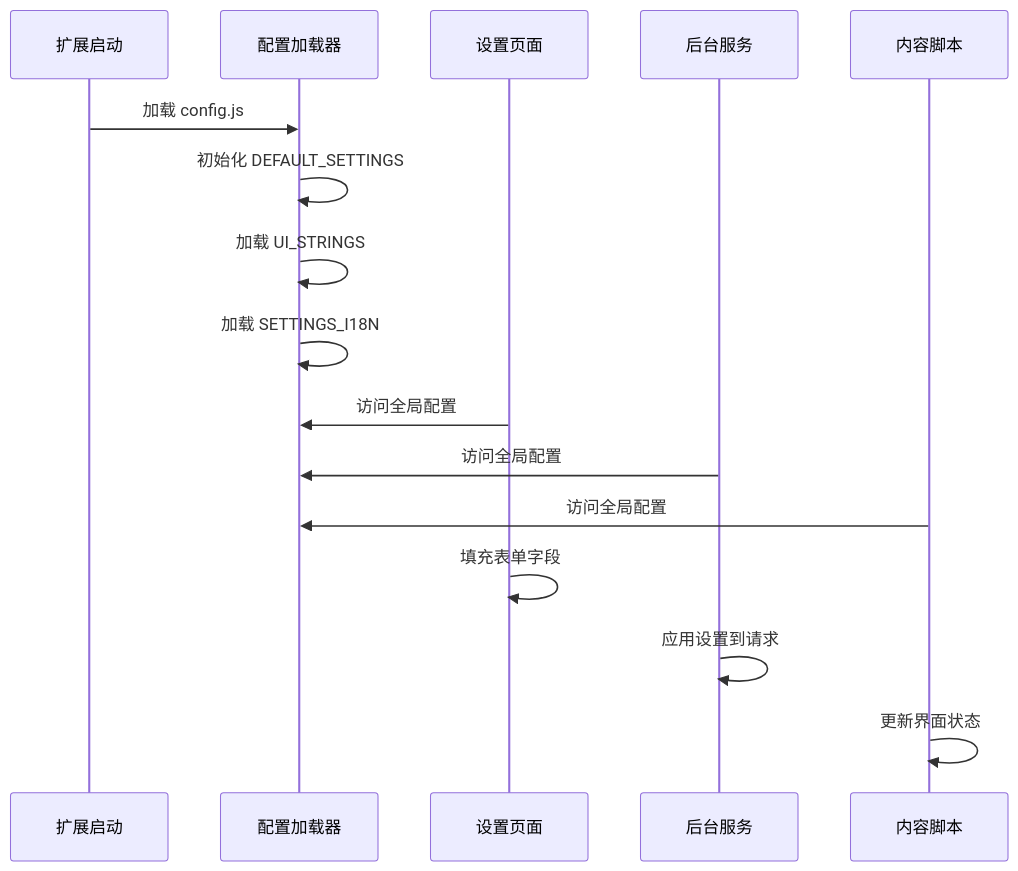
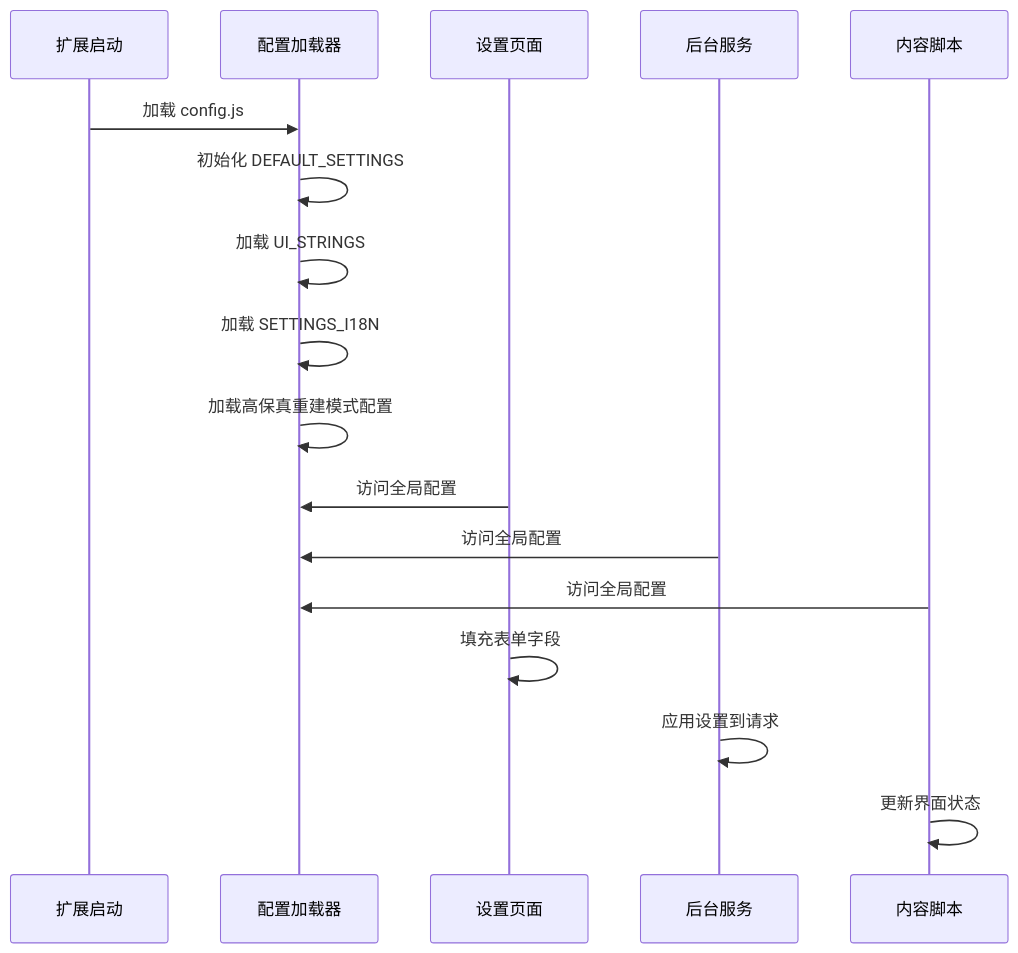
One commit to binasi/Img2Prompt changed the third of 4 diagrams in .qoder/repowiki/zh/content/配置与定制/基础配置.md. Above: the diagram before and after it, drawn with Mermaid. The commit also changed other lines of this file and 21 other files, not shown here.

````diff
--- a/.qoder/repowiki/zh/content/配置与定制/基础配置.md
+++ b/.qoder/repowiki/zh/content/配置与定制/基础配置.md
@@ -138,18 +146,19 @@
 ```mermaid
 sequenceDiagram
 participant Extension as 扩展启动
 participant Config as 配置加载器
 participant Options as 设置页面
 participant Background as 后台服务
 participant Content as 内容脚本
 Extension->>Config : 加载 config.js
 Config->>Config : 初始化 DEFAULT_SETTINGS
 Config->>Config : 加载 UI_STRINGS
 Config->>Config : 加载 SETTINGS_I18N
+Config->>Config : 加载高保真重建模式配置
 Options->>Config : 访问全局配置
 Background->>Config : 访问全局配置
 Content->>Config : 访问全局配置
 Options->>Options : 填充表单字段
 Background->>Background : 应用设置到请求
 Content->>Content : 更新界面状态
 ```
````
